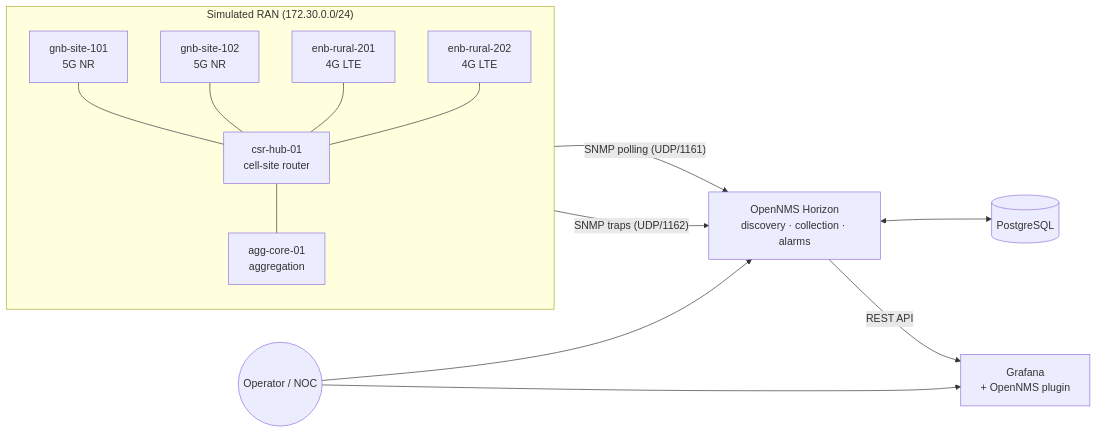
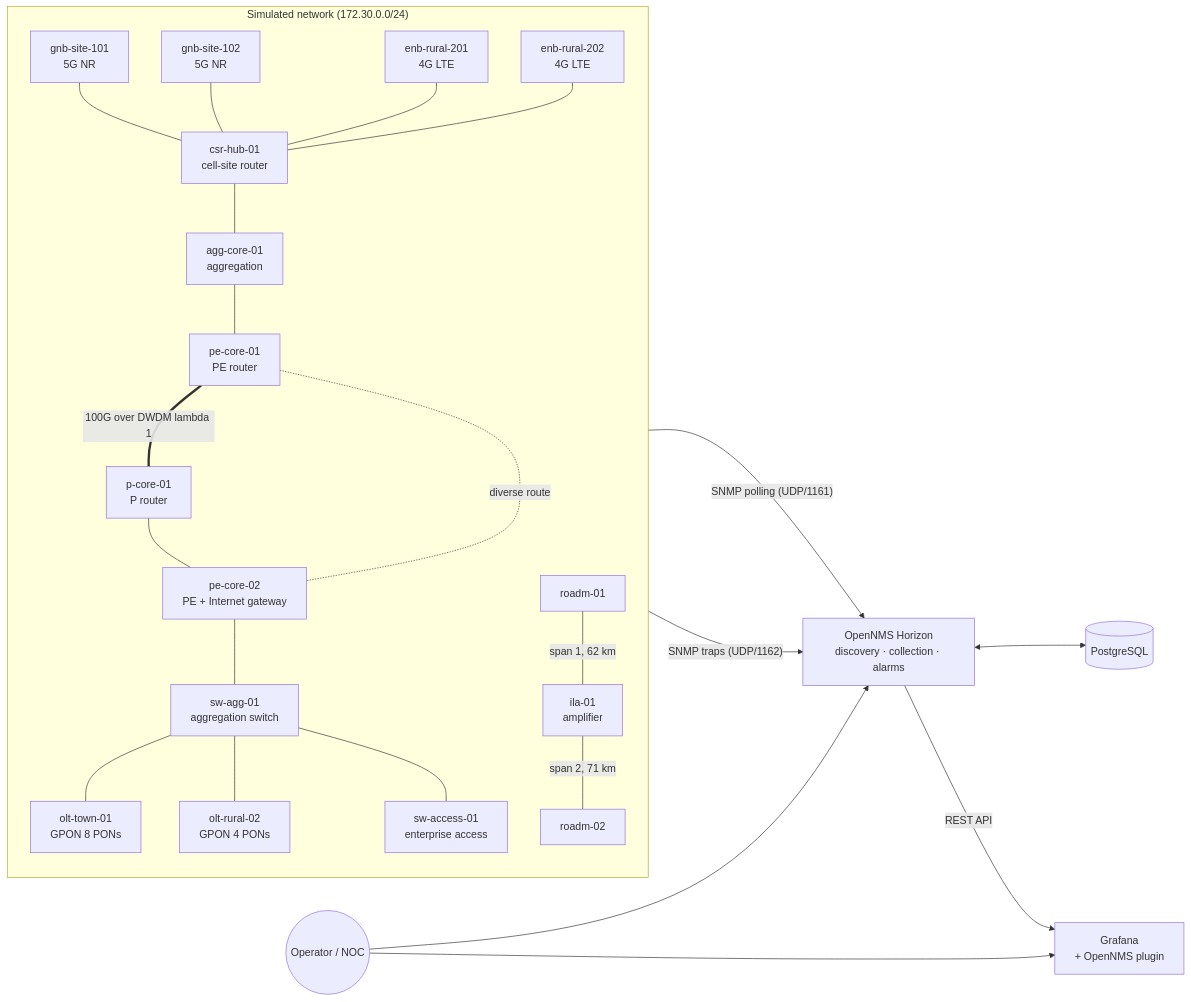
One commit to andrade-carlos/ran-secure-analytics changed the diagram in README.md. Above: the diagram before and after it, drawn with Mermaid. The commit also changed other lines of this file and 36 other files, not shown here.

First line of the commit message:
Simulated transport and access network: IP/MPLS, switches, DWDM, GPON

````diff
--- a/README.md
+++ b/README.md
@@ -38,16 +42,26 @@
 ```mermaid
 flowchart LR
-  subgraph SIM["Simulated RAN (172.30.0.0/24)"]
+  subgraph SIM["Simulated network (172.30.0.0/24)"]
     G1[gnb-site-101<br/>5G NR] --- CSR[csr-hub-01<br/>cell-site router]
     G2[gnb-site-102<br/>5G NR] --- CSR
     E1[enb-rural-201<br/>4G LTE] --- CSR
     E2[enb-rural-202<br/>4G LTE] --- CSR
     CSR --- AGG[agg-core-01<br/>aggregation]
+    AGG --- PE1[pe-core-01<br/>PE router]
+    PE1 ===|100G over DWDM lambda 1| P1[p-core-01<br/>P router]
+    P1 --- PE2[pe-core-02<br/>PE + Internet gateway]
+    PE1 -.-|diverse route| PE2
+    PE2 --- SWA[sw-agg-01<br/>aggregation switch]
+    SWA --- OLT1[olt-town-01<br/>GPON 8 PONs]
+    SWA --- OLT2[olt-rural-02<br/>GPON 4 PONs]
+    SWA --- SWX[sw-access-01<br/>enterprise access]
+    R1[roadm-01] ---|span 1, 62 km| ILA[ila-01<br/>amplifier]
+    ILA ---|span 2, 71 km| R2[roadm-02]
   end
   SIM -- "SNMP polling (UDP/1161)" --> ONMS[OpenNMS Horizon<br/>discovery · collection · alarms]
   SIM -- "SNMP traps (UDP/1162)" --> ONMS
   ONMS <--> PG[(PostgreSQL)]
   ONMS -- "REST API" --> GF[Grafana<br/>+ OpenNMS plugin]
   NOC((Operator / NOC)) --> ONMS
   NOC --> GF
 ```
````
